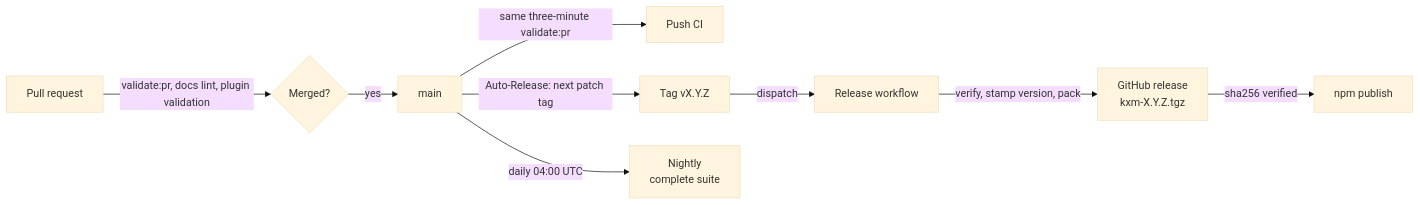
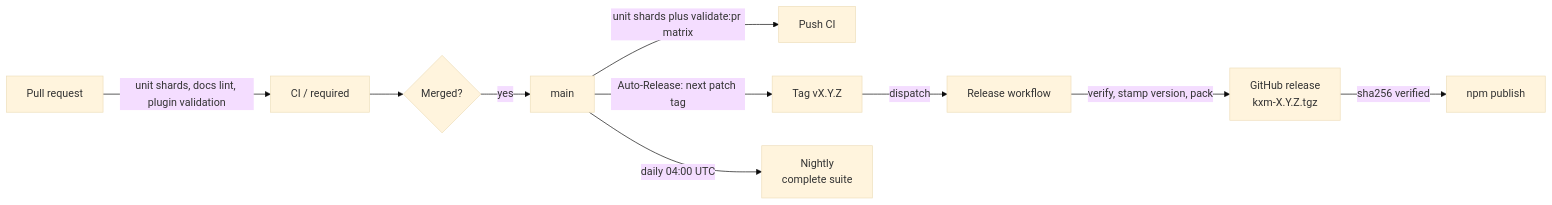
One commit to kontextmind/kxm changed the diagram in docs/contributing/ci-and-release.md. Above: the diagram before and after it, drawn with Mermaid (base theme). The commit also changed other lines of this file and 14 other files, not shown here.

First line of the commit message:
ci: gate pull requests on the Linux Node 24 unit suite (#358)

````diff
--- a/docs/contributing/ci-and-release.md
+++ b/docs/contributing/ci-and-release.md
@@ -15,11 +16,12 @@
 ```mermaid
 flowchart LR
-  PR[Pull request] -->|"validate:pr, docs lint, plugin validation"| MERGE{Merged?}
+  PR[Pull request] -->|"unit shards, docs lint, plugin validation"| REQ["CI / required"]
+  REQ --> MERGE{Merged?}
   MERGE -->|yes| MAIN[main]
-  MAIN -->|"same three-minute validate:pr"| PUSH[Push CI]
+  MAIN -->|"unit shards plus validate:pr matrix"| PUSH[Push CI]
   MAIN -->|"Auto-Release: next patch tag"| TAG[Tag vX.Y.Z]
   TAG -->|dispatch| REL[Release workflow]
   REL -->|"verify, stamp version, pack"| GH[GitHub release<br/>kxm-X.Y.Z.tgz]
   GH -->|"sha256 verified"| NPM[npm publish]
   MAIN -->|"daily 04:00 UTC"| NIGHT[Nightly<br/>complete suite]
 ```
````
